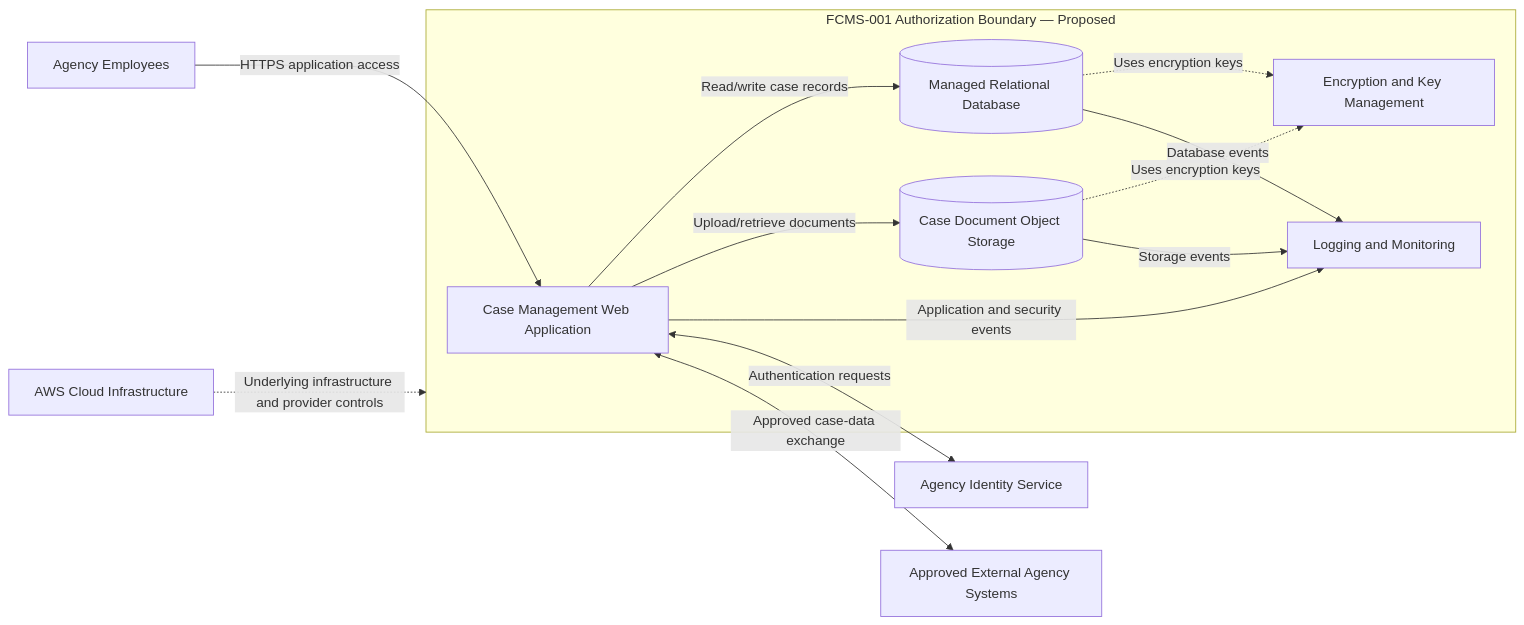
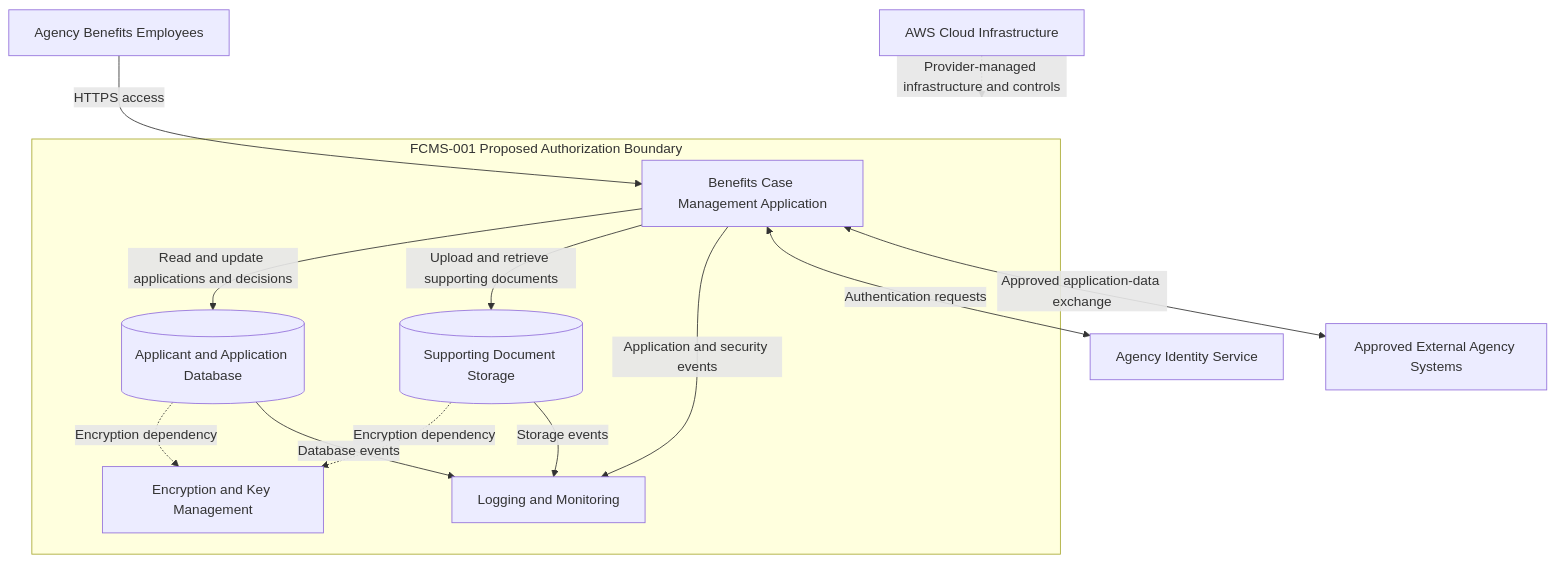
Before and after one commit to jridenourx/federal-system-security-assessment-rmf: the diagram in docs/diagrams/system-boundary-and-data-flow.md, drawn with Mermaid. The commit also changed other lines of this file, not shown here.

First line of the commit message:
Update system-boundary-and-data-flow.md

````diff
--- a/docs/diagrams/system-boundary-and-data-flow.md
+++ b/docs/diagrams/system-boundary-and-data-flow.md
@@ -16,30 +15,30 @@
 ```mermaid
-flowchart LR
-    U["Agency Employees"]
-    ID["Agency Identity Service"]
-    
-    subgraph FCMS["FCMS-001 Authorization Boundary — Proposed"]
-        APP["Case Management Web Application"]
-        DB[("Managed Relational Database")]
-        OBJ[("Case Document Object Storage")]
-        KEY["Encryption and Key Management"]
-        LOG["Logging and Monitoring"]
-        
-        APP -->|"Read/write case records"| DB
-        APP -->|"Upload/retrieve documents"| OBJ
-        DB -.->|"Uses encryption keys"| KEY
-        OBJ -.->|"Uses encryption keys"| KEY
-        APP -->|"Application and security events"| LOG
-        DB -->|"Database events"| LOG
-        OBJ -->|"Storage events"| LOG
+flowchart TB
+    USERS["Agency Benefits Employees"]
+    IDENTITY["Agency Identity Service"]
+
+    subgraph FCMS["FCMS-001 Proposed Authorization Boundary"]
+        APP["Benefits Case Management Application"]
+        DB[("Applicant and Application Database")]
+        DOCS[("Supporting Document Storage")]
+        KEYS["Encryption and Key Management"]
+        LOGS["Logging and Monitoring"]
+
+        APP -->|"Read and update applications and decisions"| DB
+        APP -->|"Upload and retrieve supporting documents"| DOCS
+        DB -.->|"Encryption dependency"| KEYS
+        DOCS -.->|"Encryption dependency"| KEYS
+        APP -->|"Application and security events"| LOGS
+        DB -->|"Database events"| LOGS
+        DOCS -->|"Storage events"| LOGS
     end
-    
+
     AWS["AWS Cloud Infrastructure"]
-    EXT["Approved External Agency Systems"]
-    
-    U -->|"HTTPS application access"| APP
-    APP <-->|"Authentication requests"| ID
-    APP <-->|"Approved case-data exchange"| EXT
-    
-    AWS -.->|"Underlying infrastructure and provider controls"| FCMS
+    EXTERNAL["Approved External Agency Systems"]
+
+    USERS -->|"HTTPS access"| APP
+    APP <-->|"Authentication requests"| IDENTITY
+    APP <-->|"Approved application-data exchange"| EXTERNAL
+
+    AWS -.->|"Provider-managed infrastructure and controls"| FCMS
 ```
````
